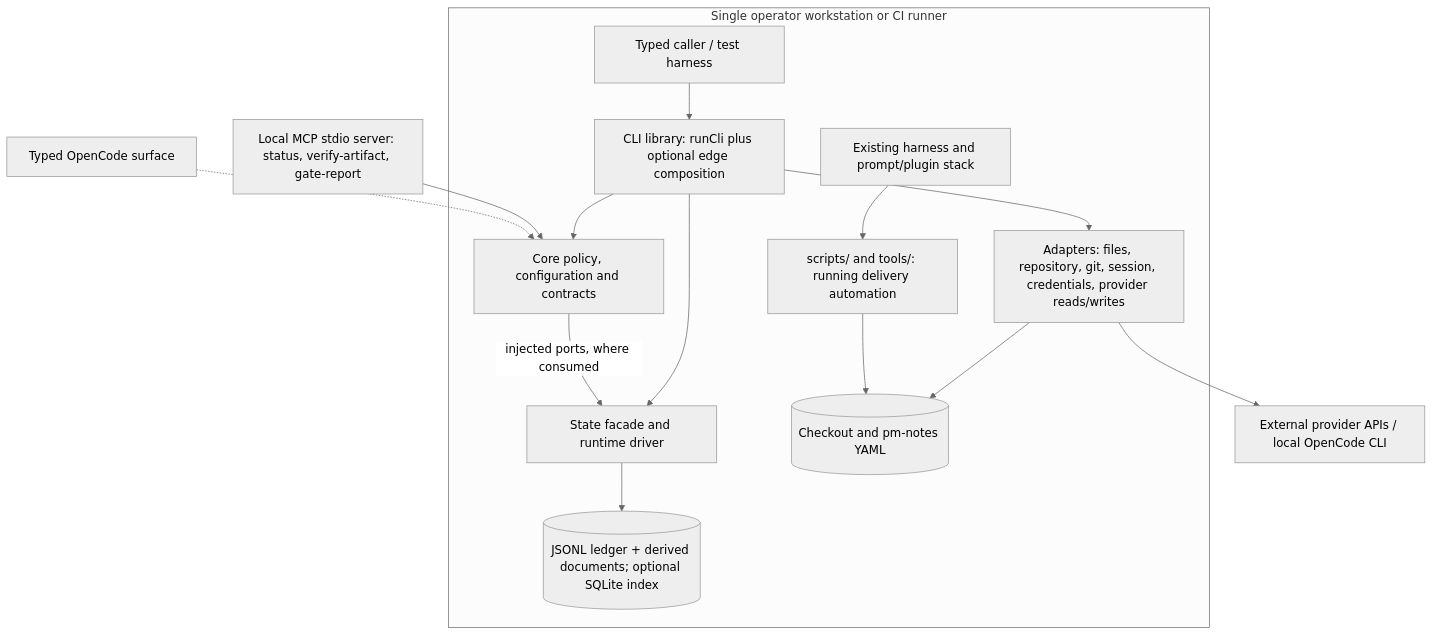
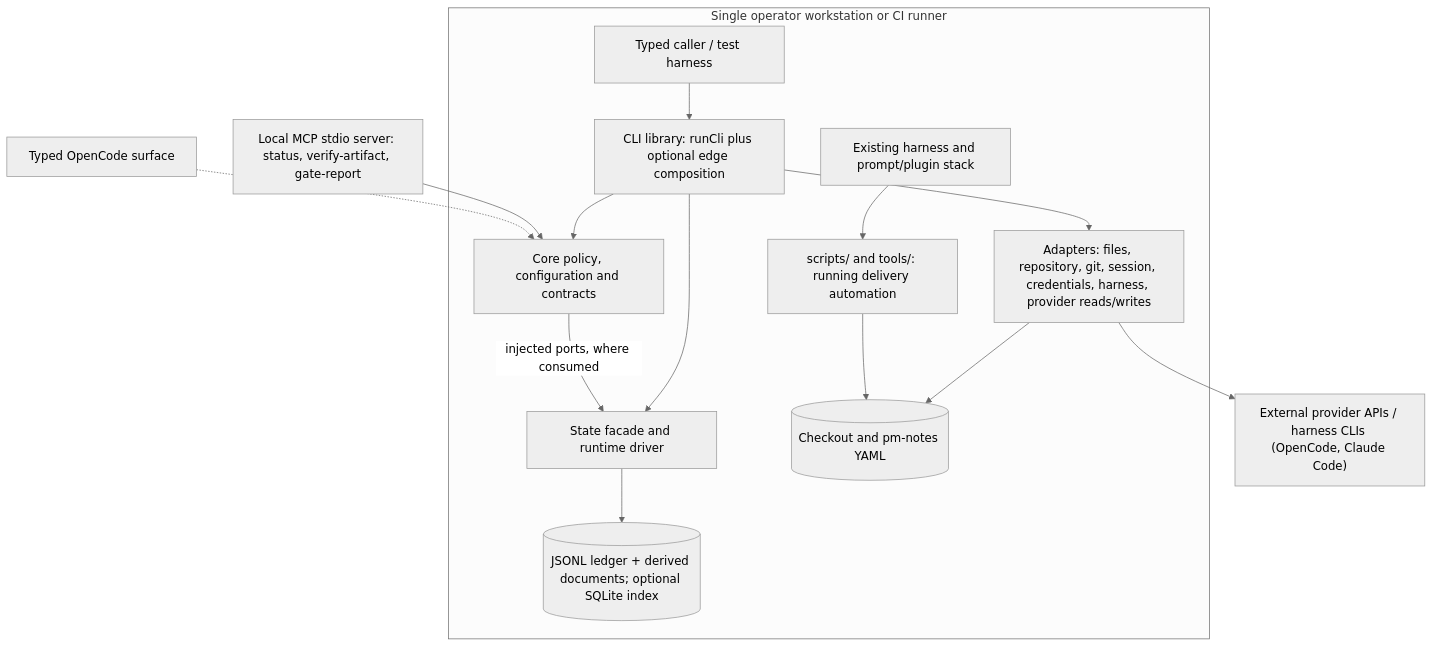
One commit to juliusz-cwiakalski/agentic-delivery-os changed the second of 2 diagrams in doc/overview/architecture-overview.md. Above: the diagram before and after it, drawn with Mermaid (neutral theme). The commit also changed other lines of this file and 126 other files, not shown here.

First line of the commit message:
feat(GH-233): harness adapters and dispatch portability (M1-S11)

````diff
--- a/doc/overview/architecture-overview.md
+++ b/doc/overview/architecture-overview.md
@@ -58,26 +58,26 @@
 ```mermaid
 flowchart TB
   subgraph Workstation["Single operator workstation or CI runner"]
     Harness["Existing harness and prompt/plugin stack"]
     Shell["scripts/ and tools/: running delivery automation"]
     Caller["Typed caller / test harness"]
     CLI["CLI library: runCli plus optional edge composition"]
     Core["Core policy, configuration and contracts"]
-    IO["Adapters: files, repository, git, session, credentials, provider reads/writes"]
+    IO["Adapters: files, repository, git, session, credentials, harness, provider reads/writes"]
     State["State facade and runtime driver"]
     Ledger[("JSONL ledger + derived documents; optional SQLite index")]
     Checkout[("Checkout and pm-notes YAML")]
     Harness --> Shell
     Caller --> CLI
     CLI --> Core
     CLI --> IO
     CLI --> State
     Core -->|"injected ports, where consumed"| State
     State --> Ledger
     IO --> Checkout
     Shell --> Checkout
   end
-  IO --> APIs["External provider APIs / local OpenCode CLI"]
+  IO --> APIs["External provider APIs / harness CLIs (OpenCode, Claude Code)"]
   MCP["Local MCP stdio server: status, verify-artifact, gate-report"] --> Core
   Future["Typed OpenCode surface"] -.-> Core
 ```
````
